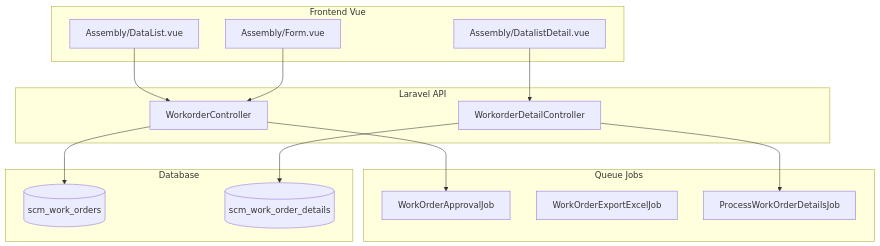
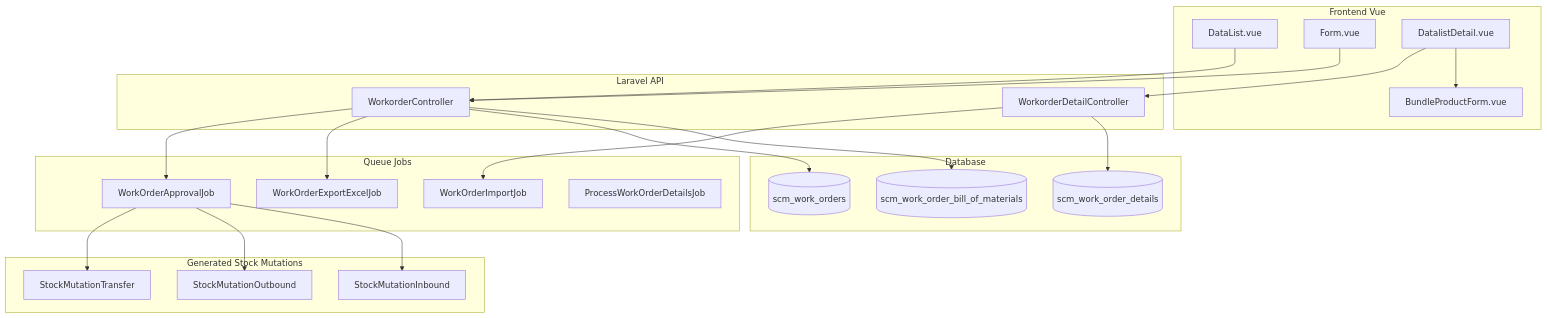
The first of 2 diagrams in qa-docs/supplychain-assembly/technical.md (yendyr/olshoperp-docs), drawn with Mermaid before and after one commit. The commit also changed other lines of this file and 84 other files, not shown here.

````diff
--- a/qa-docs/supplychain-assembly/technical.md
+++ b/qa-docs/supplychain-assembly/technical.md
@@ -25,29 +24,43 @@
 ```mermaid
 flowchart TB
     subgraph FE["Frontend Vue"]
-        DL["Assembly/DataList.vue"]
-        FM["Assembly/Form.vue"]
-        DD["Assembly/DatalistDetail.vue"]
+        DL["DataList.vue"]
+        FM["Form.vue"]
+        DD["DatalistDetail.vue"]
+        BPF["BundleProductForm.vue"]
     end
     subgraph API["Laravel API"]
         WOC["WorkorderController"]
         WODC["WorkorderDetailController"]
     end
     subgraph Jobs["Queue Jobs"]
         WOAJ["WorkOrderApprovalJob"]
         WOEX["WorkOrderExportExcelJob"]
+        WOIM["WorkOrderImportJob"]
         PWOD["ProcessWorkOrderDetailsJob"]
+    end
+    subgraph Mutations["Generated Stock Mutations"]
+        TFI["StockMutationTransfer"]
+        OUT["StockMutationOutbound"]
+        INB["StockMutationInbound"]
     end
     subgraph DB["Database"]
         WO[("scm_work_orders")]
         WOD[("scm_work_order_details")]
+        WOBOM[("scm_work_order_bill_of_materials")]
     end
 
     DL --> WOC
     FM --> WOC
     DD --> WODC
+    DD --> BPF
     WOC --> WOAJ
-    WODC --> PWOD
+    WOAJ --> TFI
+    WOAJ --> OUT
+    WOAJ --> INB
+    WODC --> WOIM
+    WOC --> WOEX
     WOC --> WO
     WODC --> WOD
+    WOC --> WOBOM
 ```
````
